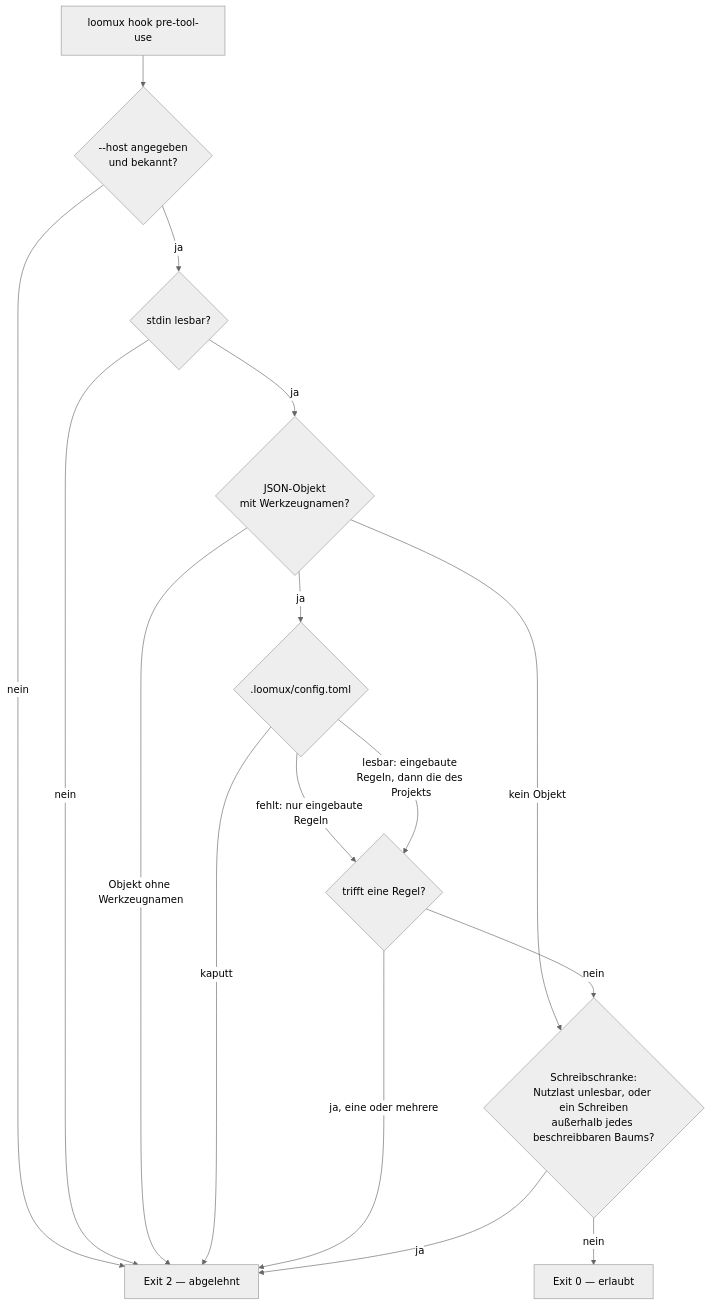
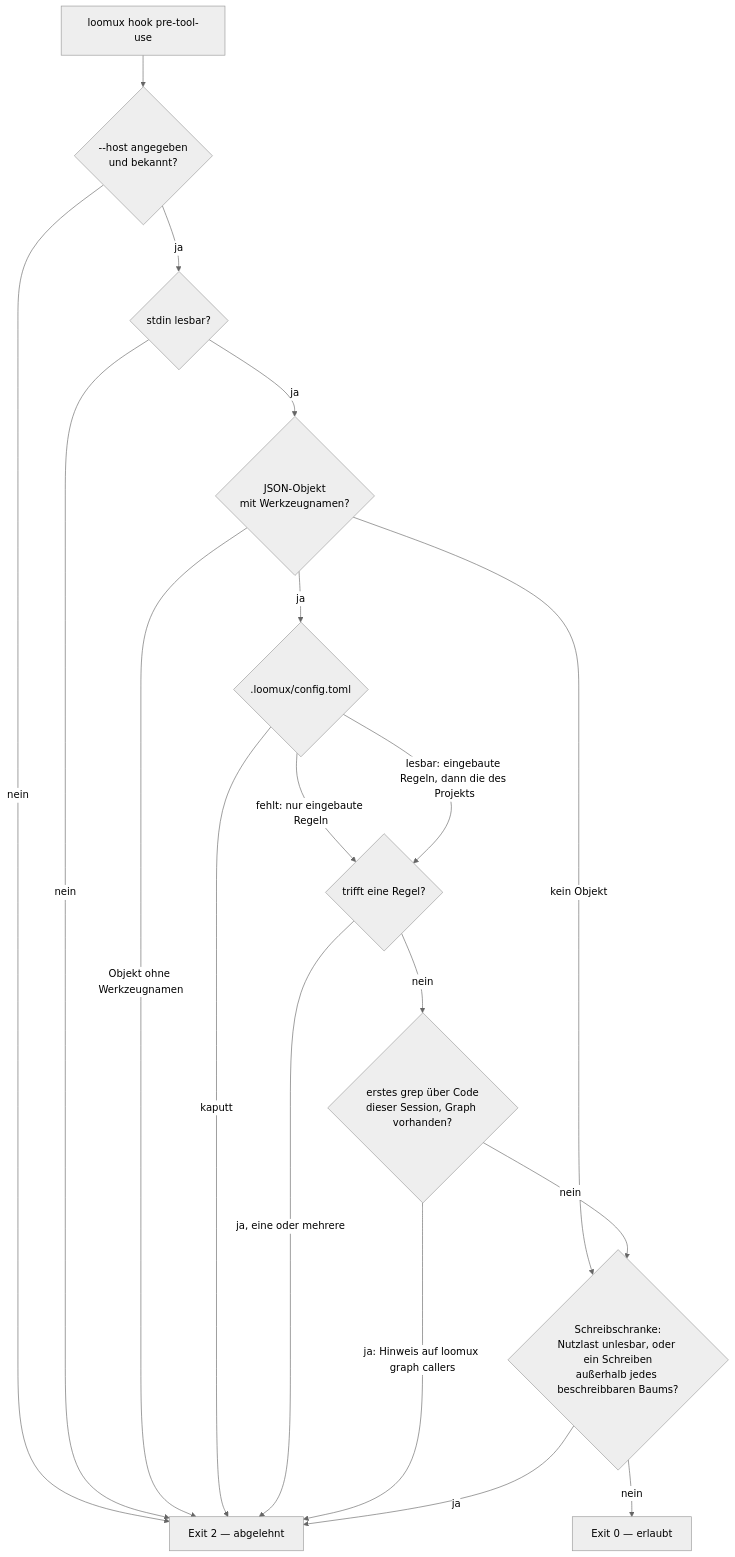
Before and after one commit to xidus90/loomux: the second of 3 diagrams in docs/de/hooks.md, drawn with Mermaid (neutral theme). The commit also changed other lines of this file and 33 other files, not shown here.

First line of the commit message:
docs: describe and measure the graph hint in the guard

````diff
--- a/docs/de/hooks.md
+++ b/docs/de/hooks.md
@@ -366,18 +366,20 @@
 ```mermaid
 flowchart TD
     call["loomux hook pre-tool-use"] --> flags{"--host angegeben<br/>und bekannt?"}
     flags -->|nein| deny["Exit 2 — abgelehnt"]
     flags -->|ja| stdin{"stdin lesbar?"}
     stdin -->|nein| deny
     stdin -->|ja| named{"JSON-Objekt<br/>mit Werkzeugnamen?"}
     named -->|"kein Objekt"| barrier
     named -->|"Objekt ohne Werkzeugnamen"| deny
     named -->|ja| config{".loomux/config.toml"}
     config -->|"kaputt"| deny
     config -->|"fehlt: nur eingebaute Regeln"| rules
     config -->|"lesbar: eingebaute Regeln, dann die des Projekts"| rules{"trifft eine Regel?"}
     rules -->|"ja, eine oder mehrere"| deny
-    rules -->|nein| barrier{"Schreibschranke:<br/>Nutzlast unlesbar, oder ein Schreiben<br/>außerhalb jedes beschreibbaren Baums?"}
+    rules -->|nein| hint{"erstes grep über Code<br/>dieser Session, Graph vorhanden?"}
+    hint -->|"ja: Hinweis auf loomux graph callers"| deny
+    hint -->|nein| barrier{"Schreibschranke:<br/>Nutzlast unlesbar, oder ein Schreiben<br/>außerhalb jedes beschreibbaren Baums?"}
     barrier -->|ja| deny
     barrier -->|nein| allow["Exit 0 — erlaubt"]
 ```
````
